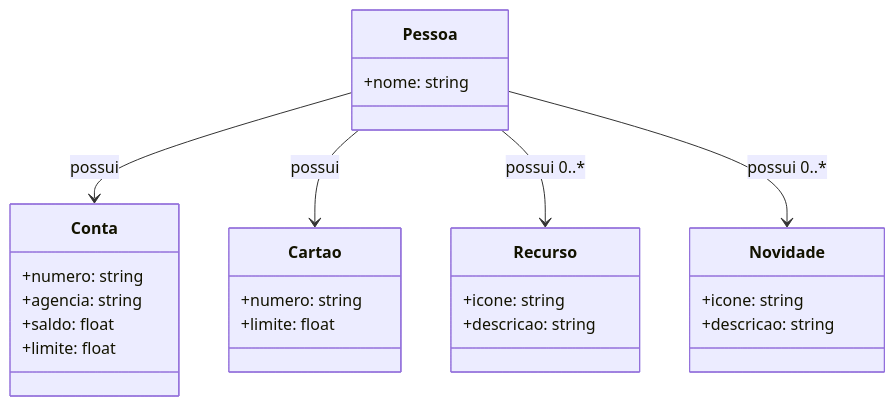
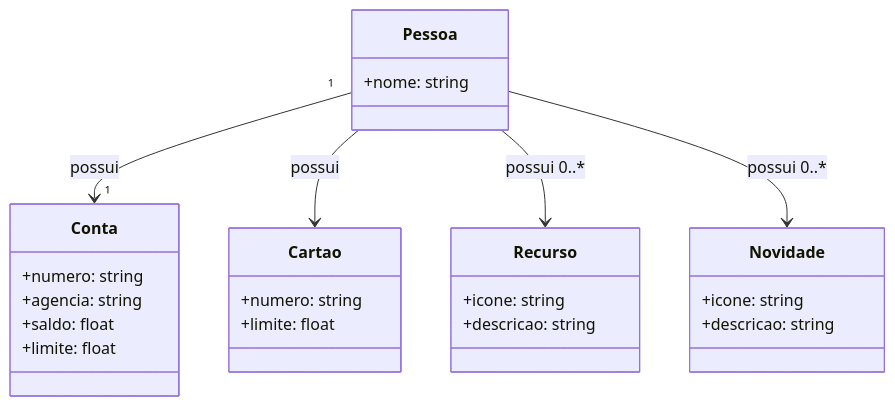
The diagram in README.md (vitoremerique/santander-bootcamp-java-backend-2023), drawn with Mermaid before and after one commit.

````diff
--- a/README.md
+++ b/README.md
@@ -5,33 +5,33 @@
 ```mermaid
 classDiagram
     class Pessoa {
         +nome: string
     }
 
     class Conta {
         +numero: string
         +agencia: string
         +saldo: float
         +limite: float
     }
 
     class Cartao {
         +numero: string
         +limite: float
     }
 
     class Recurso {
         +icone: string
         +descricao: string
     }
 
     class Novidade {
         +icone: string
         +descricao: string
     }
 
-    Pessoa --> Conta : possui
+    Pessoa "1" --> "1" Conta : possui
     Pessoa --> Cartao : possui
     Pessoa --> Recurso : possui 0..*
     Pessoa --> Novidade : possui 0..*
 ```
````
